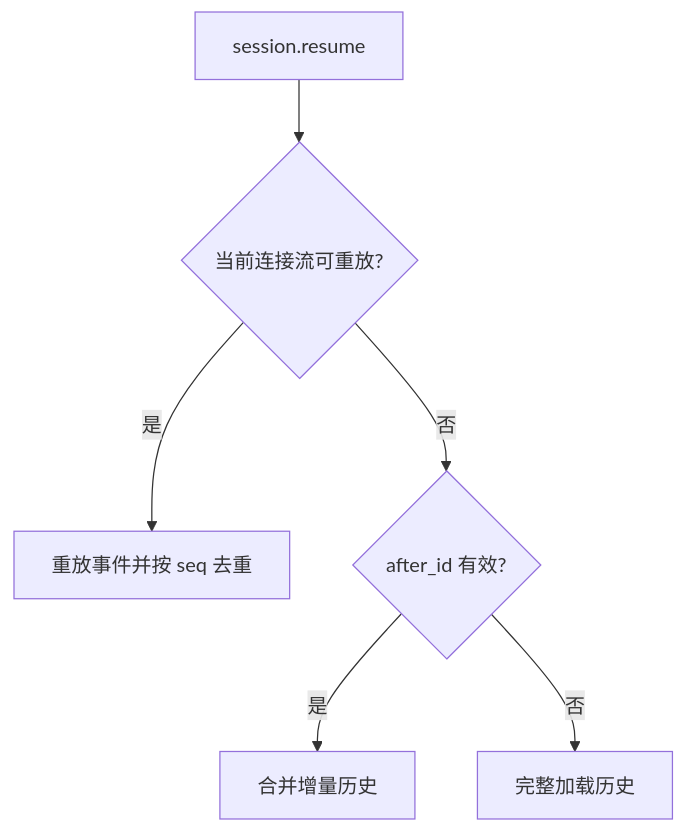
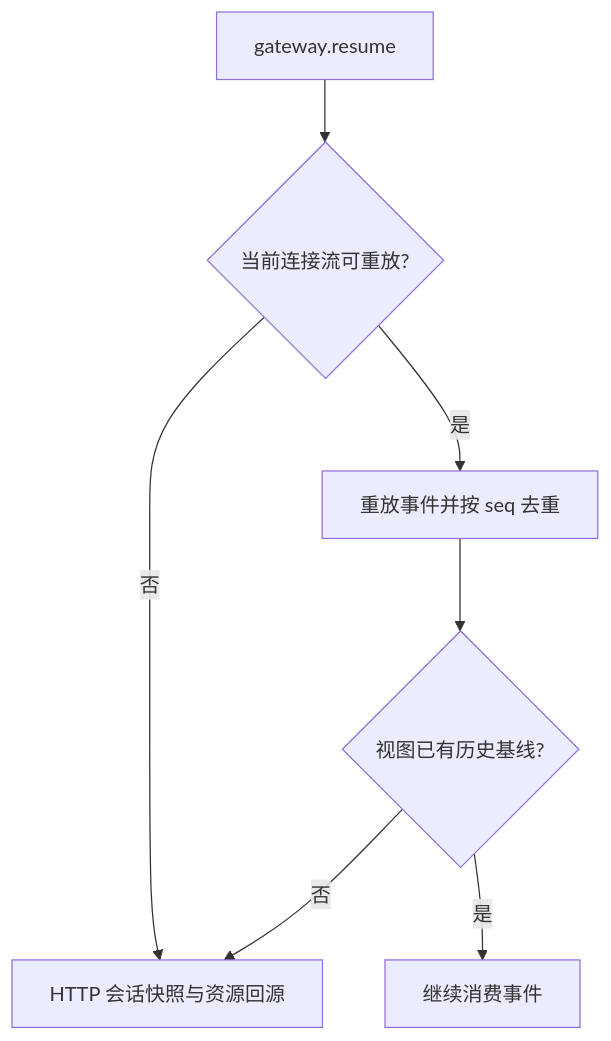
One commit to yangjinming1062/SpiritAgent changed the first of 2 diagrams in docs/PROTOCOL.md. Above: the diagram before and after it, drawn with Mermaid. The commit also changed other lines of this file and 177 other files, not shown here.

````diff
--- a/docs/PROTOCOL.md
+++ b/docs/PROTOCOL.md
@@ -98,8 +98,9 @@
 ```mermaid
 flowchart TD
-    Resume[session.resume] --> Replay{当前连接流可重放?}
+    Resume[gateway.resume] --> Replay{当前连接流可重放?}
     Replay -->|是| Frames[重放事件并按 seq 去重]
-    Replay -->|否| Anchor{after_id 有效?}
-    Anchor -->|是| Delta[合并增量历史]
-    Anchor -->|否| Full[完整加载历史]
+    Replay -->|否| Snapshot[HTTP 会话快照与资源回源]
+    Frames --> Baseline{视图已有历史基线?}
+    Baseline -->|否| Snapshot
+    Baseline -->|是| Live[继续消费事件]
 ```
````
